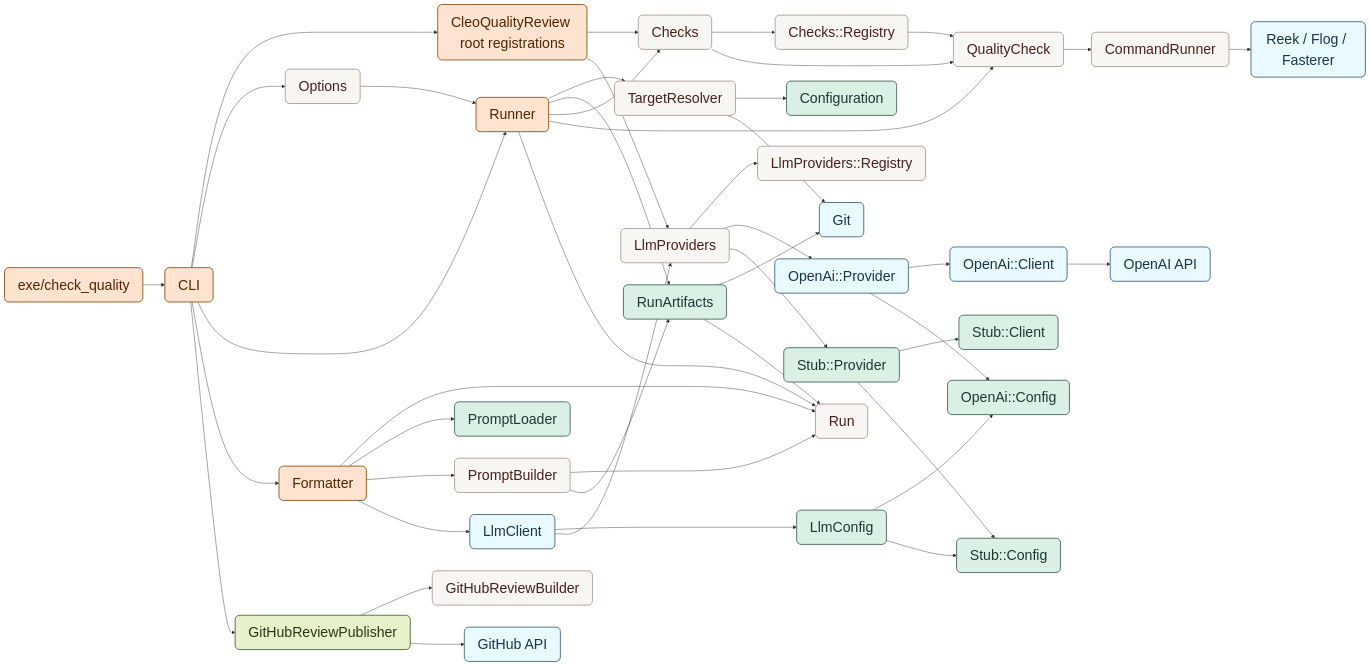
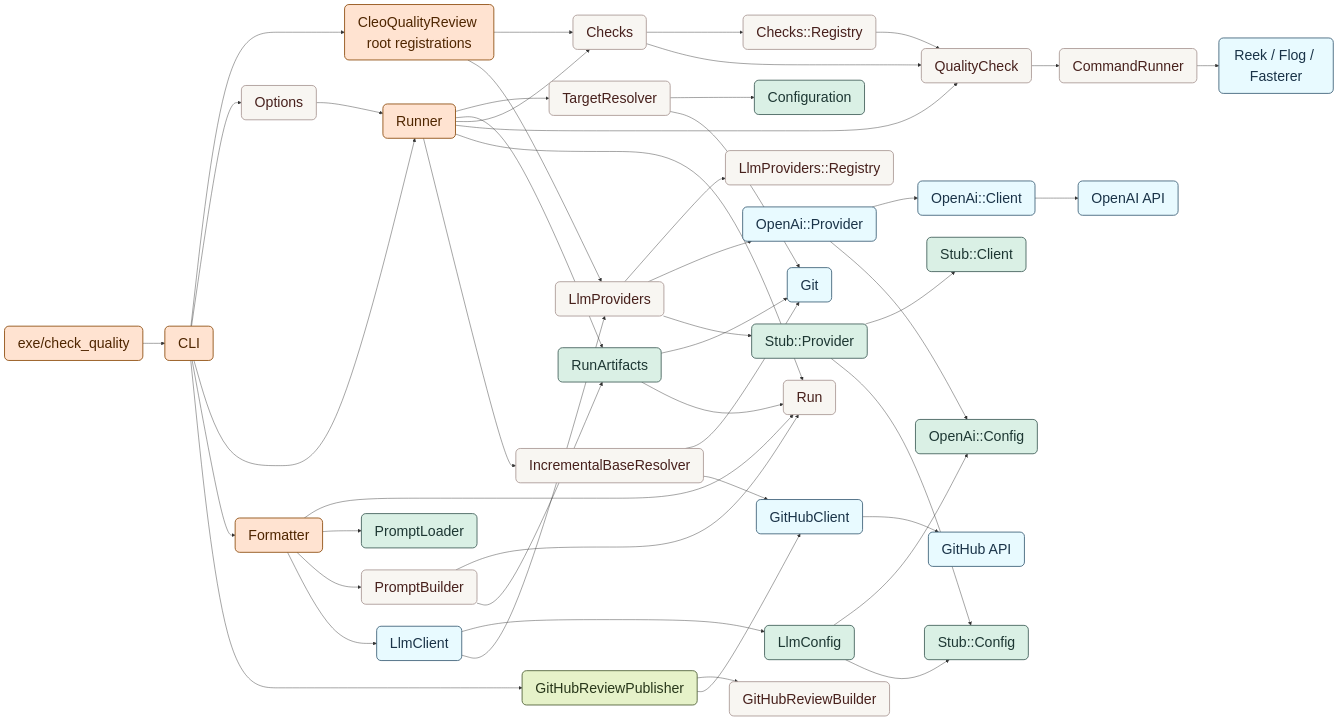
The diagram in README.md (meetcleo/cleo_quality_review), drawn with Mermaid before and after one commit. The commit also changed other lines of this file, not shown here.

First line of the commit message:
Document incremental re-review

````diff
--- a/README.md
+++ b/README.md
@@ -139,58 +155,63 @@
 ```mermaid
 %%{init: {"themeVariables": {"fontSize": "32px"}}}%%
 flowchart LR
     Executable["exe/check_quality"]:::accent --> CLI["CLI"]:::accent
     CLI --> RootRegistrations["CleoQualityReview root registrations"]:::accent
     RootRegistrations --> ChecksModule["Checks"]:::rounded
     RootRegistrations --> LlmProvidersModule["LlmProviders"]:::rounded
     CLI --> Options["Options"]:::rounded
     CLI --> Runner["Runner"]:::accent
     CLI --> Formatter["Formatter"]:::accent
     CLI --> GitHubReviewPublisher["GitHubReviewPublisher"]:::positive
     Options --> Runner
 
     Runner --> TargetResolver["TargetResolver"]:::rounded
     TargetResolver --> Configuration["Configuration"]:::neutral
     TargetResolver --> Git["Git"]:::info
     Runner --> RunArtifacts["RunArtifacts"]:::neutral
     RunArtifacts --> Git
 
     Runner --> ChecksModule
     ChecksModule --> ChecksRegistry["Checks::Registry"]:::rounded
     ChecksModule --> QualityCheck["QualityCheck"]:::rounded
     ChecksRegistry --> QualityCheck
     Runner --> QualityCheck
     QualityCheck --> CommandRunner["CommandRunner"]:::rounded
     CommandRunner --> Tools["Reek / Flog / Fasterer"]:::info
 
     RunArtifacts --> Run["Run"]:::rounded
     Runner --> Run
 
     Formatter --> Run
     Formatter --> PromptLoader["PromptLoader"]:::neutral
     Formatter --> PromptBuilder["PromptBuilder"]:::rounded
     PromptBuilder --> Run
     PromptBuilder --> RunArtifacts
     Formatter --> LlmClient["LlmClient"]:::info
     LlmClient --> LlmConfig["LlmConfig"]:::neutral
     LlmClient --> LlmProvidersModule
     LlmProvidersModule --> LlmProvidersRegistry["LlmProviders::Registry"]:::rounded
     LlmProvidersModule --> OpenAiProvider["OpenAi::Provider"]:::info
     LlmProvidersModule --> StubProvider["Stub::Provider"]:::neutral
     LlmConfig --> OpenAiConfig["OpenAi::Config"]:::neutral
     LlmConfig --> StubConfig["Stub::Config"]:::neutral
     OpenAiProvider --> OpenAiClient["OpenAi::Client"]:::info
     OpenAiProvider --> OpenAiConfig
     OpenAiClient --> OpenAI["OpenAI API"]:::info
     StubProvider --> StubClient["Stub::Client"]:::neutral
     StubProvider --> StubConfig
 
+    Runner --> IncrementalBaseResolver["IncrementalBaseResolver"]:::rounded
+    IncrementalBaseResolver --> Git
+    IncrementalBaseResolver --> GitHubClient["GitHubClient"]:::info
+
     GitHubReviewPublisher --> GitHubReviewBuilder["GitHubReviewBuilder"]:::rounded
-    GitHubReviewPublisher --> GitHubAPI["GitHub API"]:::info
+    GitHubReviewPublisher --> GitHubClient
+    GitHubClient --> GitHubAPI["GitHub API"]:::info
 
     classDef rounded fill:#F8F6F2,stroke:#AC9B98,stroke-width:2px,color:#47201C,rx:10,ry:10
     classDef positive fill:#E6F2C9,stroke:#51623A,stroke-width:2px,color:#28371A,rx:10,ry:10
     classDef info fill:#E8FAFF,stroke:#42657C,stroke-width:2px,color:#1A3348,rx:10,ry:10
     classDef accent fill:#FFE3D1,stroke:#905013,stroke-width:2px,color:#4F2600,rx:10,ry:10
     classDef neutral fill:#DAF0E5,stroke:#46635E,stroke-width:2px,color:#1D3733,rx:10,ry:10
 ```
````
